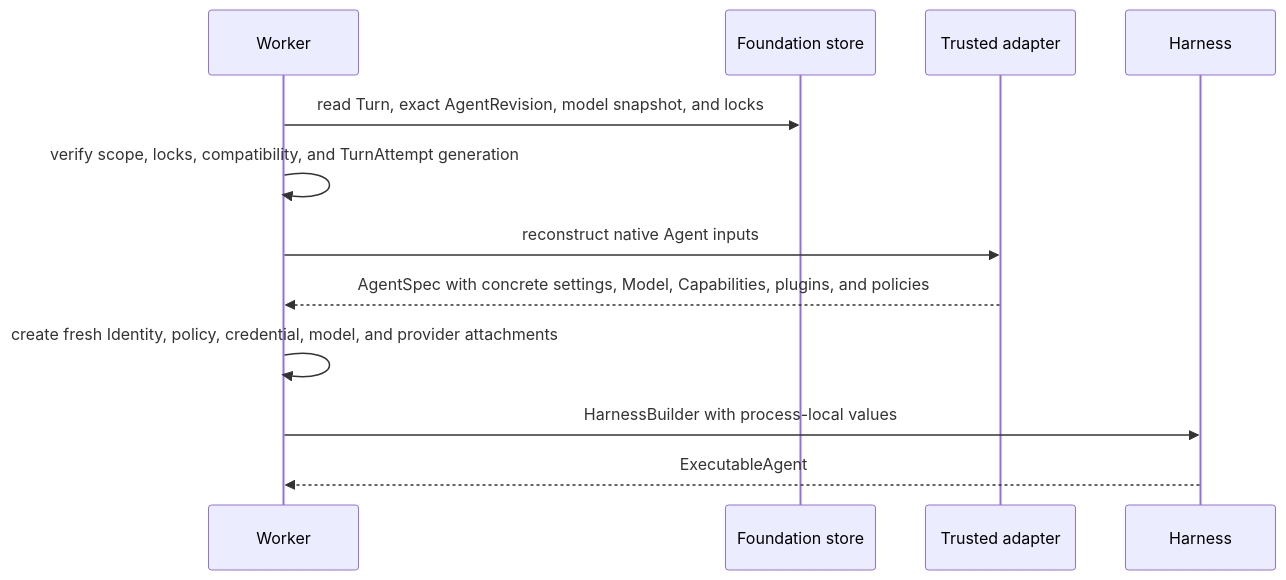
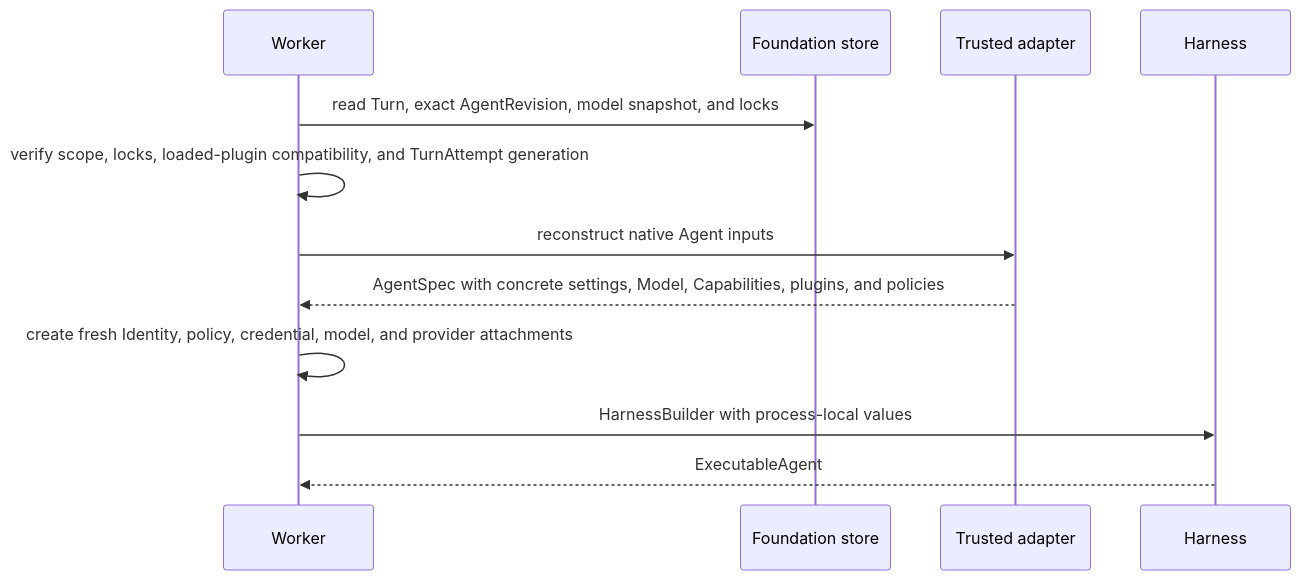
Before and after one commit to LTThreeComma/agent-foundation: the second of 2 diagrams in spec/foundation-service/12-agent-revisions-and-reconstruction.md, drawn with Mermaid. The commit also changed other lines of this file and 14 other files, not shown here.

````diff
--- a/spec/foundation-service/12-agent-revisions-and-reconstruction.md
+++ b/spec/foundation-service/12-agent-revisions-and-reconstruction.md
@@ -118,15 +121,15 @@
 ```mermaid
 sequenceDiagram
     participant Worker
     participant Store as Foundation store
     participant Adapter as Trusted adapter
     participant Harness
 
     Worker->>Store: read Turn, exact AgentRevision, model snapshot, and locks
-    Worker->>Worker: verify scope, locks, compatibility, and TurnAttempt generation
+    Worker->>Worker: verify scope, locks, loaded-plugin compatibility, and TurnAttempt generation
     Worker->>Adapter: reconstruct native Agent inputs
     Adapter-->>Worker: AgentSpec with concrete settings, Model, Capabilities, plugins, and policies
     Worker->>Worker: create fresh Identity, policy, credential, model, and provider attachments
     Worker->>Harness: HarnessBuilder with process-local values
     Harness-->>Worker: ExecutableAgent
 ```
````
